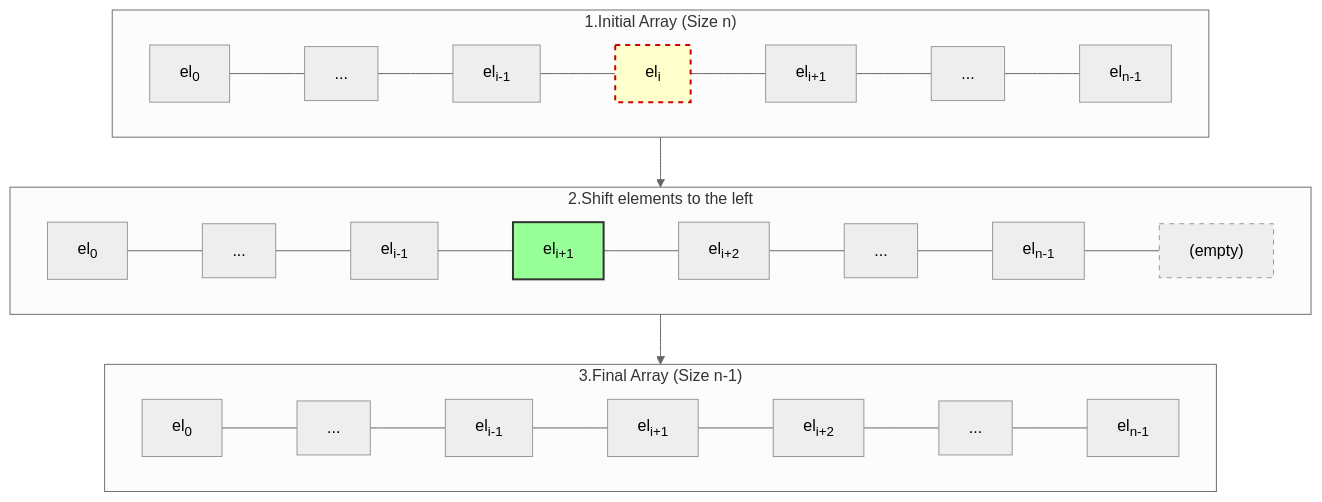
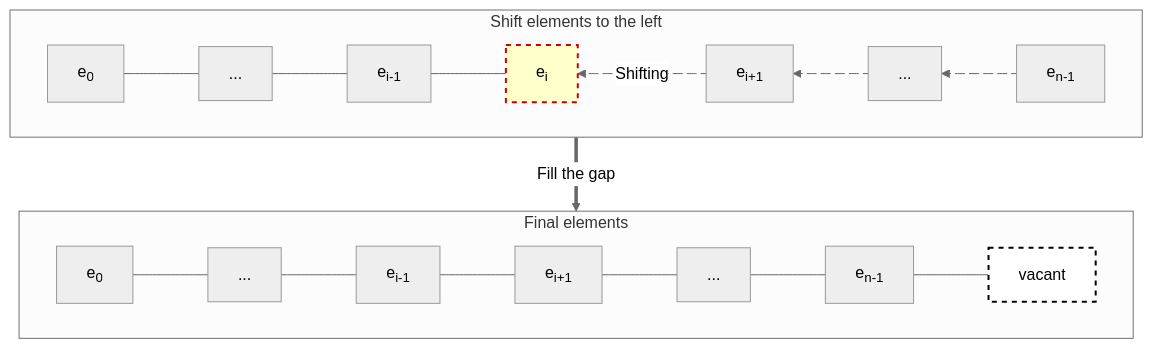
One commit to ruslylove/datastruct changed the second of 10 diagrams in lectures/lect-7-Lists.md. Above: the diagram before and after it, drawn with Mermaid (neutral theme). The commit also changed other lines of this file and 1 other file, not shown here.

Commit message:
update diagram.

````diff
--- a/lectures/lect-7-Lists.md
+++ b/lectures/lect-7-Lists.md
@@ -131,24 +127,41 @@
-```mermaid {scale:0.55}
+```mermaid 
 
 graph TD
-    subgraph one["1.Initial Array (Size n)"]
-        direction LR
-        A["el<sub>0</sub>"] --- B["..."] --- C["el<sub>i-1</sub>"] --- D["el<sub>i</sub>"] --- E["el<sub>i+1</sub>"] --- F["..."] --- G["el<sub>n-1</sub>"]
+    subgraph one["Shift elements to the left"]
+        direction RL
+        A["e<sub>0</sub>"]
+        B["..."]
+        C["e<sub>i-1</sub>"]
+        D["e<sub>i</sub>"] 
+        D
+        E["e<sub>i+1</sub>"]
+        F["..."]
+        G["e<sub>n-1</sub>"]
         style D fill:#ffc,stroke:#c00,stroke-width:2px,stroke-dasharray: 5 5
     end
 
-    subgraph two["2.Shift elements to the left"]
-        direction LR
-        A2["el<sub>0</sub>"] --- B2["..."] --- C2["el<sub>i-1</sub>"] --- D2["el<sub>i+1</sub>"] --- E2["el<sub>i+2</sub>"] --- F2["..."] --- G2["el<sub>n-1</sub>"] --- H2["(empty)"]
-        style D2 fill:#9f9,stroke:#333,stroke-width:2px
-        style H2 fill:#eee,stroke-dasharray: 5 5
+    subgraph two["Final elements"]
+        direction RL
+        A2["e<sub>0</sub>"]
+        B2["..."]
+        C2["e<sub>i-1</sub>"]
+        E2[" e<sub>i+1</sub>"]
+        F2["..."]
+        G2["e<sub>n-1</sub>"]
+        Empty["vacant"]
+        style Empty fill:#fff,stroke:#000,stroke-width:2px,stroke-dasharray: 5 5
     end
 
-    subgraph three["3.Final Array (Size n-1)"]
-        direction LR
-        A3["el<sub>0</sub>"] --- B3["..."] --- C3["el<sub>i-1</sub>"] --- D3["el<sub>i+1</sub>"] --- E3["el<sub>i+2</sub>"] --- F3["..."] --- G3["el<sub>n-1</sub>"]
-    end
+    one e4@== Fill the gap ==> two
+    
+    G e1@--> F e2@--> E e3@-- Shifting --> D --- C --- B --- A
 
-    one --> two --> three
+    Empty --- G2 --- F2 --- E2 --- C2 --- B2 --- A2
+
+
+    e1@{ animate: true, animation: fast }
+    e2@{ animate: true, animation: fast }
+    e3@{ animate: true, animation: fast }
+
 
 ```
````
